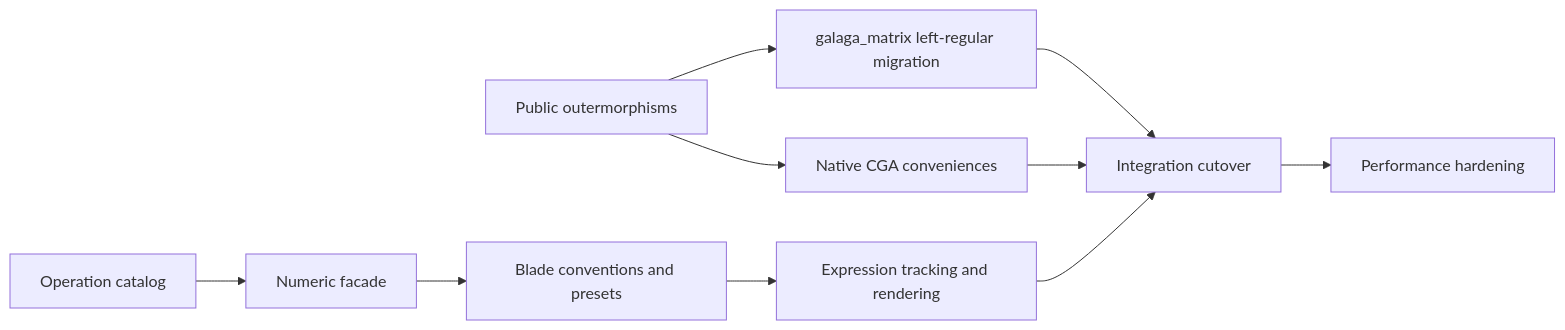
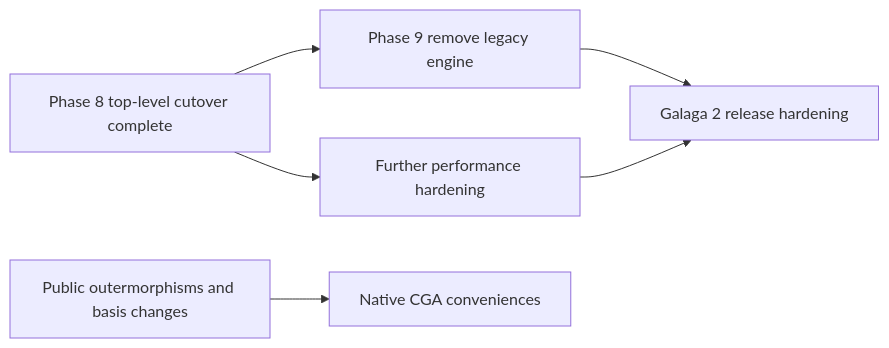
The diagram in docs/v2/galaga-replacement-roadmap.md (edouardp/galaga), drawn with Mermaid before and after one commit. The commit also changed other lines of this file and 131 other files, not shown here.

First line of the commit message:
Complete Phase 8 top-level facade cutover

````diff
--- a/docs/v2/galaga-replacement-roadmap.md
+++ b/docs/v2/galaga-replacement-roadmap.md
@@ -145,12 +149,8 @@
 ```mermaid
 flowchart LR
-    O[Public outermorphisms] --> M[galaga_matrix left-regular migration]
-    C[Operation catalog] --> F[Numeric facade]
-    F --> B[Blade conventions and presets]
-    B --> S[Expression tracking and rendering]
-    M --> X[Integration cutover]
-    S --> X
-    O --> G[Native CGA conveniences]
-    G --> X
-    X --> H[Performance hardening]
+    X[Phase 8 top-level cutover complete] --> R[Phase 9 remove legacy engine]
+    X --> H[Further performance hardening]
+    O[Public outermorphisms and basis changes] --> G[Native CGA conveniences]
+    R --> Q[Galaga 2 release hardening]
+    H --> Q
 ```
````
